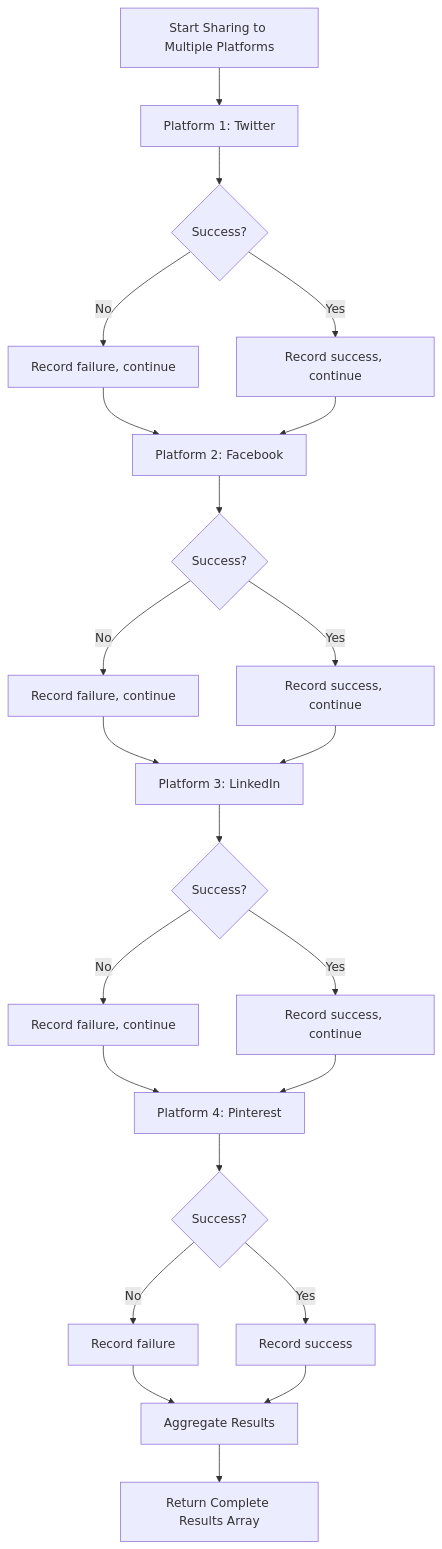
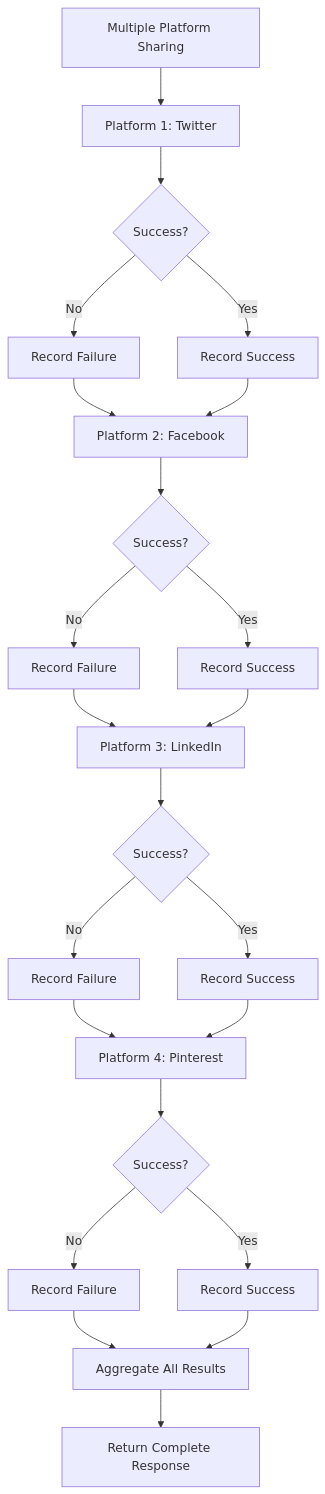
The fifth of 7 diagrams in .qoder/repowiki/en/content/Social Media Integration/Share Workflow and UI Integration.md (Brimstow/ThumPiks), drawn with Mermaid before and after one commit. The commit also changed other lines of this file and 900 other files, not shown here.

````diff
--- a/.qoder/repowiki/en/content/Social Media Integration/Share Workflow and UI Integration.md
+++ b/.qoder/repowiki/en/content/Social Media Integration/Share Workflow and UI Integration.md
@@ -223,25 +325,25 @@
 ```mermaid
 flowchart TD
-A["Start Sharing to Multiple Platforms"] --> B["Platform 1: Twitter"]
+A["Multiple Platform Sharing"] --> B["Platform 1: Twitter"]
 B --> C{"Success?"}
-C --> |Yes| D["Record success, continue"]
-C --> |No| E["Record failure, continue"]
+C --> |Yes| D["Record Success"]
+C --> |No| E["Record Failure"]
 E --> F["Platform 2: Facebook"]
 D --> F
 F --> G{"Success?"}
-G --> |Yes| H["Record success, continue"]
-G --> |No| I["Record failure, continue"]
+G --> |Yes| H["Record Success"]
+G --> |No| I["Record Failure"]
 I --> J["Platform 3: LinkedIn"]
 H --> J
 J --> K{"Success?"}
-K --> |Yes| L["Record success, continue"]
-K --> |No| M["Record failure, continue"]
+K --> |Yes| L["Record Success"]
+K --> |No| M["Record Failure"]
 M --> N["Platform 4: Pinterest"]
 L --> N
 N --> O{"Success?"}
-O --> |Yes| P["Record success"]
-O --> |No| Q["Record failure"]
-Q --> R["Aggregate Results"]
+O --> |Yes| P["Record Success"]
+O --> |No| Q["Record Failure"]
+Q --> R["Aggregate All Results"]
 P --> R
-R --> S["Return Complete Results Array"]
+R --> S["Return Complete Response"]
 ```
````
